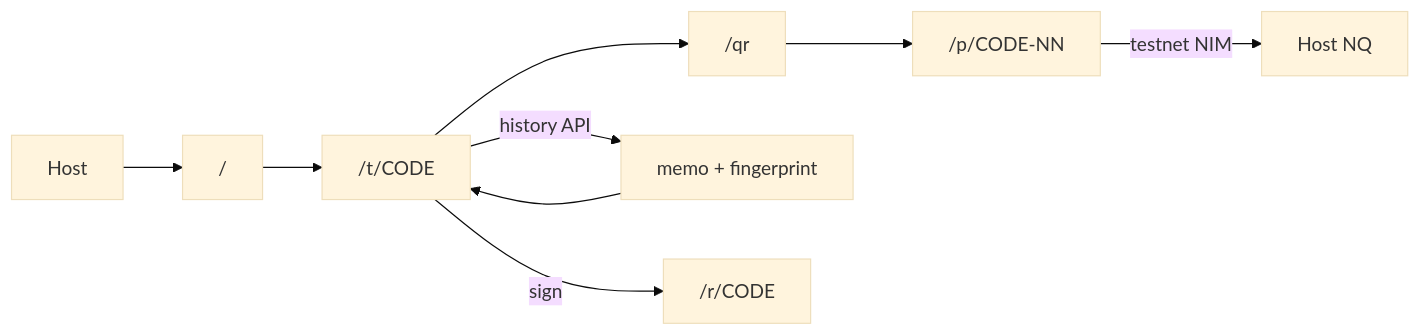
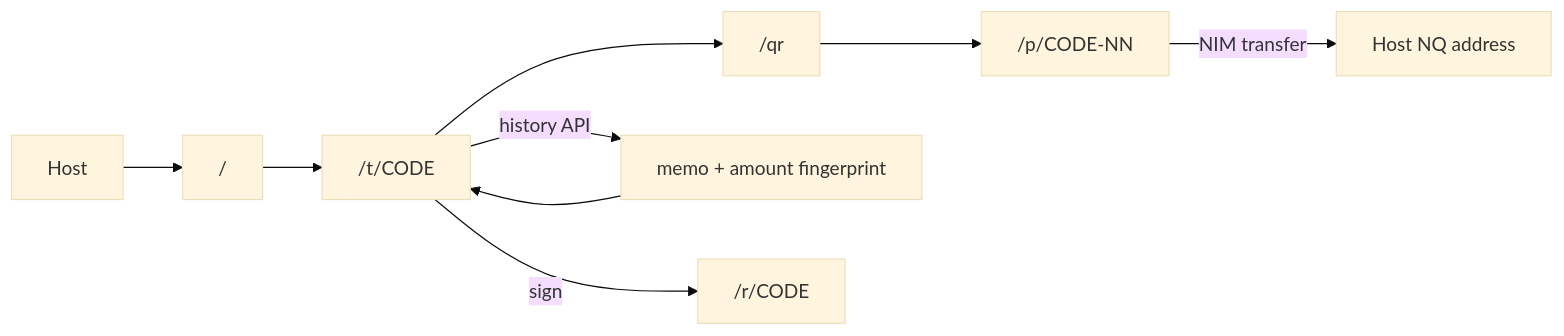
Before and after one commit to fozagtx/Tab: the diagram in README.md, drawn with Mermaid (base theme). The commit also changed other lines of this file, not shown here.

````diff
--- a/README.md
+++ b/README.md
@@ -52,11 +30,11 @@
 ```mermaid
 flowchart LR
   Host --> Create["/"]
   Create --> Board["/t/CODE"]
   Board --> QR["/qr"]
   QR --> Guest["/p/CODE-NN"]
-  Guest -->|testnet NIM| HostAddr[Host NQ]
-  Board -->|history API| Match[memo + fingerprint]
+  Guest -->|NIM transfer| HostAddr[Host NQ address]
+  Board -->|history API| Match[memo + amount fingerprint]
   Match --> Board
   Board -->|sign| Receipt["/r/CODE"]
 ```
````
